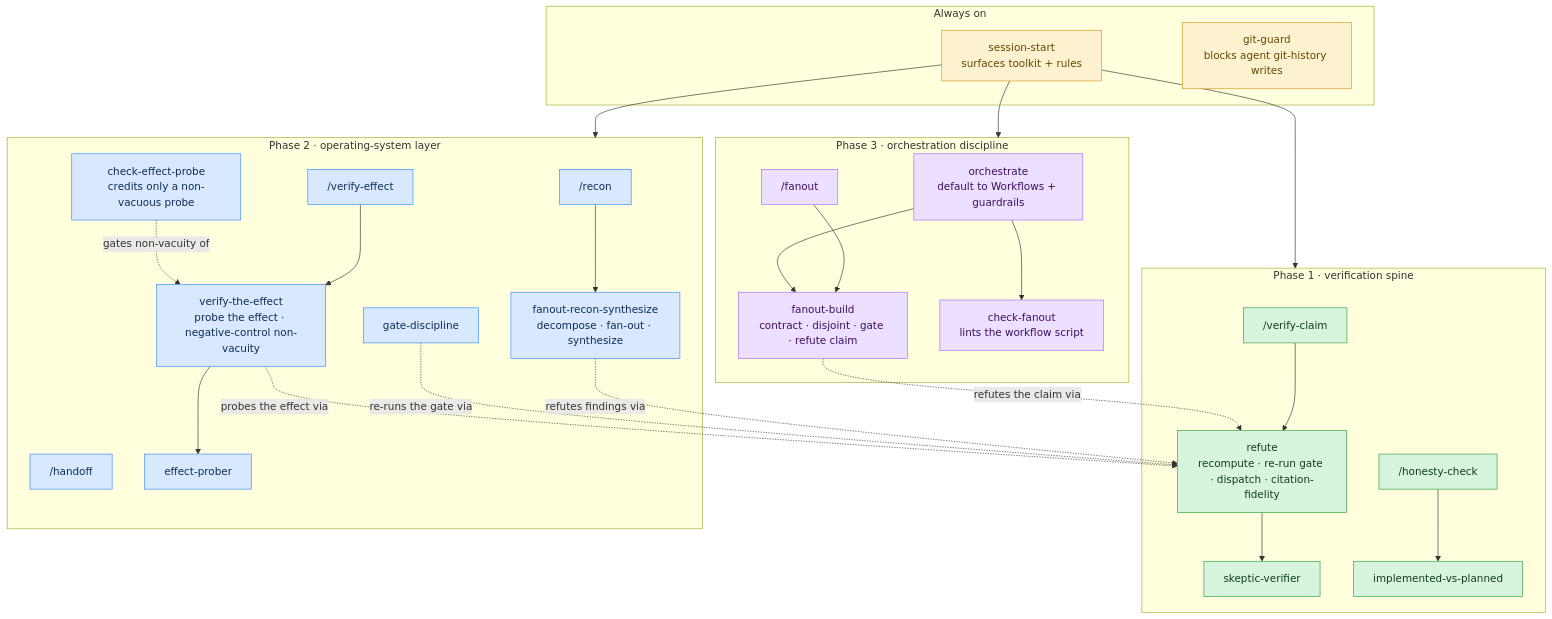
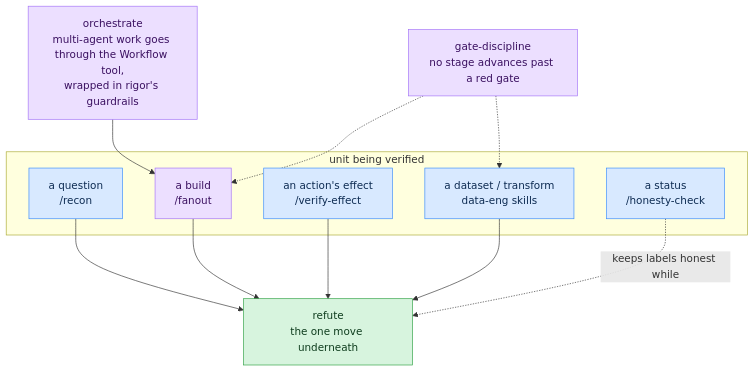
One commit to hossainpazooki/rigor changed the second of 3 diagrams in README.md. Above: the diagram before and after it, drawn with Mermaid. The commit also changed other lines of this file, not shown here.

Commit message:
docs(readme): rewrite for point-first onboarding; status table synced to ledger

````diff
--- a/README.md
+++ b/README.md
@@ -37,48 +81,25 @@
 ```mermaid
 graph TD
-    subgraph always["Always on"]
-        SS["session-start<br/>surfaces toolkit + rules"]
-        GG["git-guard<br/>blocks agent git-history writes"]
+    subgraph units["unit being verified"]
+        Q["a question<br/>/recon"]
+        B["a build<br/>/fanout"]
+        E["an action's effect<br/>/verify-effect"]
+        D["a dataset / transform<br/>data-eng skills"]
+        S["a status<br/>/honesty-check"]
     end
+    Q --> REF["refute<br/>the one move underneath"]
+    B --> REF
+    E --> REF
+    D --> REF
+    S -. keeps labels honest while .-> REF
+    O["orchestrate<br/>multi-agent work goes through the Workflow tool,<br/>wrapped in rigor's guardrails"] --> B
+    G["gate-discipline<br/>no stage advances past a red gate"] -.-> B
+    G -.-> D
 
-    subgraph spine["Phase 1 · verification spine"]
-        VC["/verify-claim"] --> REF["refute<br/>recompute · re-run gate · dispatch · citation-fidelity"]
-        REF --> SK["skeptic-verifier"]
-        HC["/honesty-check"] --> IVP["implemented-vs-planned"]
-    end
-
-    subgraph osys["Phase 2 · operating-system layer"]
-        RC["/recon"] --> FRS["fanout-recon-synthesize<br/>decompose · fan-out · synthesize"]
-        GD["gate-discipline"]
-        HO["/handoff"]
-        VE["/verify-effect"] --> VTE["verify-the-effect<br/>probe the effect · negative-control non-vacuity"]
-        VTE --> EP["effect-prober"]
-        CEP["check-effect-probe<br/>credits only a non-vacuous probe"]
-    end
-
-    subgraph orch["Phase 3 · orchestration discipline"]
-        ORC["orchestrate<br/>default to Workflows + guardrails"]
-        FO["/fanout"] --> FBS["fanout-build<br/>contract · disjoint · gate · refute claim"]
-        CF["check-fanout<br/>lints the workflow script"]
-    end
-
-    SS --> spine
-    SS --> osys
-    SS --> orch
-    ORC --> FBS
-    ORC --> CF
-    FRS -. refutes findings via .-> REF
-    FBS -. refutes the claim via .-> REF
-    GD -. re-runs the gate via .-> REF
-    VTE -. probes the effect via .-> REF
-    CEP -. gates non-vacuity of .-> VTE
-
-    classDef always fill:#fdf2d0,stroke:#d29922,color:#5c4a00;
     classDef p1 fill:#d7f4de,stroke:#2ea043,color:#0f3d1e;
     classDef p2 fill:#d8e9ff,stroke:#388bfd,color:#0d2b52;
     classDef p3 fill:#ecdfff,stroke:#a371f7,color:#3a1060;
-    class SS,GG always;
-    class VC,REF,SK,HC,IVP p1;
-    class RC,FRS,GD,HO,VE,VTE,EP,CEP p2;
-    class ORC,FO,FBS,CF p3;
+    class REF p1;
+    class Q,E,D,S p2;
+    class B,O,G p3;
 ```
````
